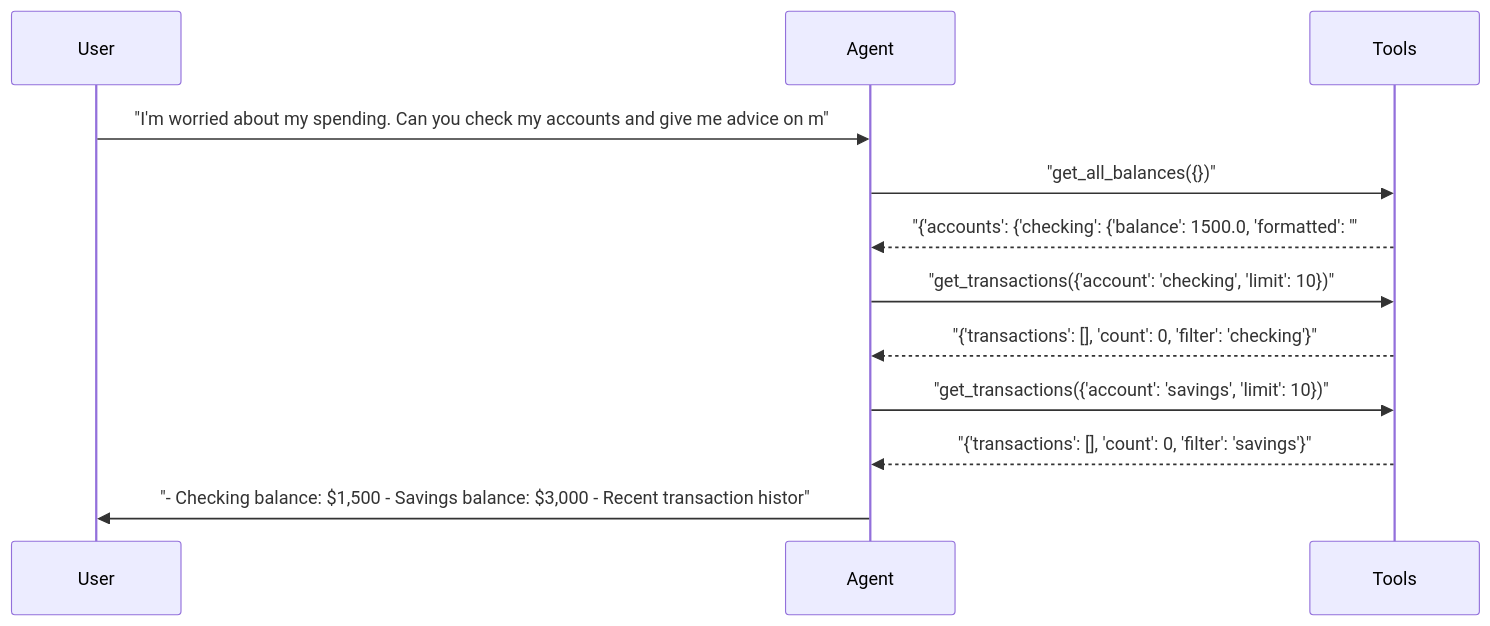
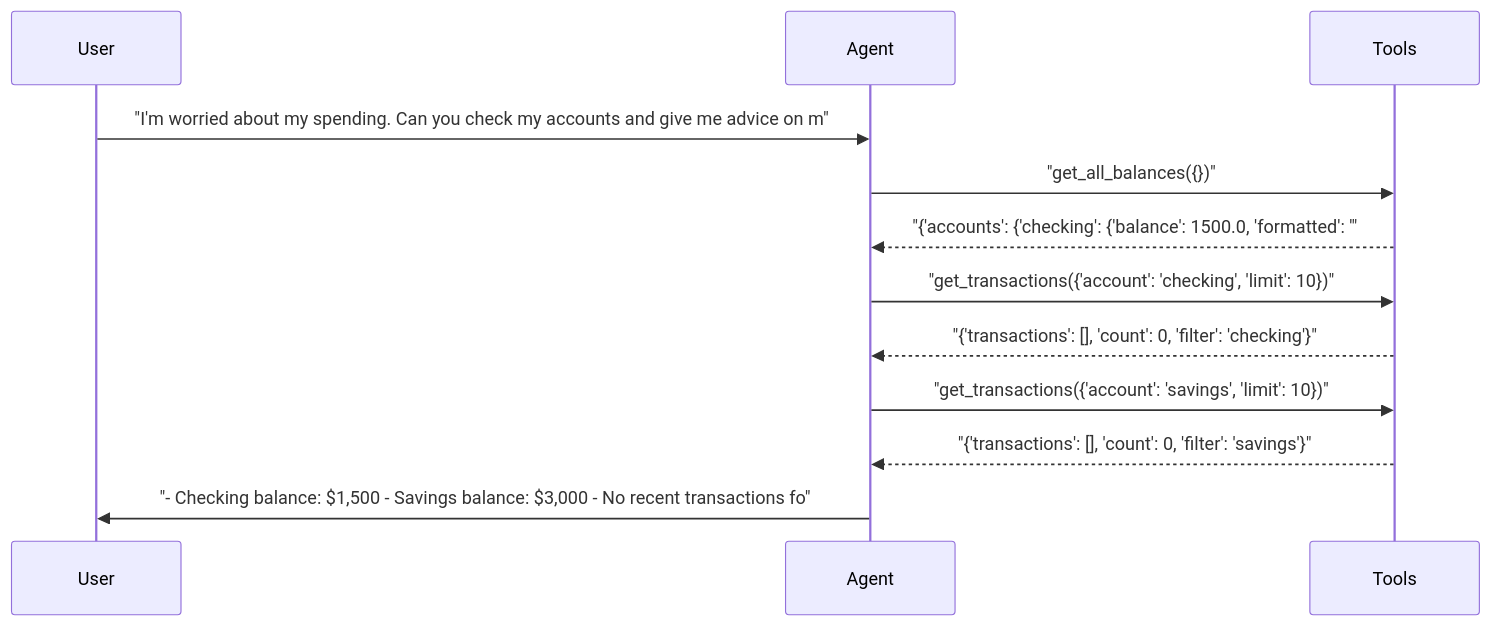
One commit to sbroenne/pytest-aitest changed diagram 21 of 25 in docs/demo/hero-report.md. Above: the diagram before and after it, drawn with Mermaid. The commit also changed other lines of this file and 22 other files, not shown here.

````diff
--- a/docs/demo/hero-report.md
+++ b/docs/demo/hero-report.md
@@ -886,15 +1010,15 @@
 ```mermaid
 sequenceDiagram
     participant User
     participant Agent
     participant Tools
 
     User->>Agent: "I'm worried about my spending. Can you check my accounts and give me advice on m"
     Agent->>Tools: "get_all_balances({})"
     Tools-->>Agent: "{'accounts': {'checking': {'balance': 1500.0, 'formatted': '"
     Agent->>Tools: "get_transactions({'account': 'checking', 'limit': 10})"
     Tools-->>Agent: "{'transactions': [], 'count': 0, 'filter': 'checking'}"
     Agent->>Tools: "get_transactions({'account': 'savings', 'limit': 10})"
     Tools-->>Agent: "{'transactions': [], 'count': 0, 'filter': 'savings'}"
-    Agent->>User: "- Checking balance: $1,500 - Savings balance: $3,000 - Recent transaction histor"
+    Agent->>User: "- Checking balance: $1,500 - Savings balance: $3,000 - No recent transactions fo"
 ```
````
